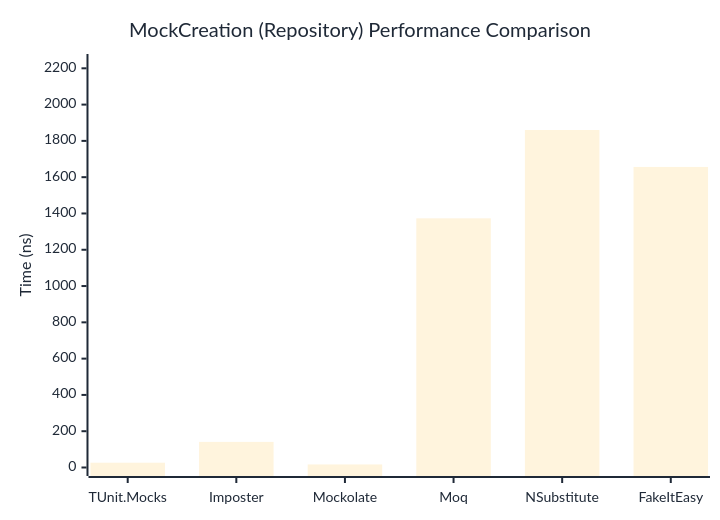
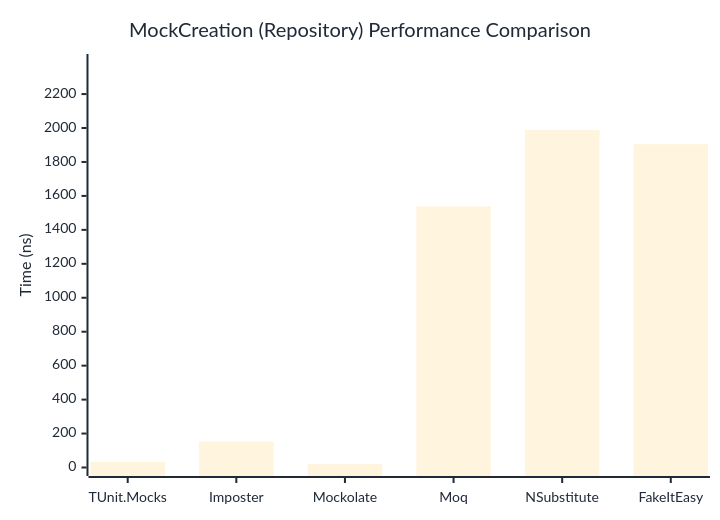
One commit to thomhurst/TUnit changed the second of 2 diagrams in docs/docs/benchmarks/mocks/MockCreation.md. Above: the diagram before and after it, drawn with Mermaid. The commit also changed other lines of this file and 14 other files, not shown here.

````diff
--- a/docs/docs/benchmarks/mocks/MockCreation.md
+++ b/docs/docs/benchmarks/mocks/MockCreation.md
@@ -71,27 +71,27 @@
 ```mermaid
 %%{init: {
   'theme':'base',
   'themeVariables': {
     'primaryColor': '#2563eb',
     'primaryTextColor': '#1f2937',
     'primaryBorderColor': '#1e40af',
     'lineColor': '#6b7280',
     'secondaryColor': '#7c3aed',
     'tertiaryColor': '#dc2626',
     'background': '#ffffff',
     'pie1': '#2563eb',
     'pie2': '#7c3aed',
     'pie3': '#dc2626',
     'pie4': '#f59e0b',
     'pie5': '#10b981',
     'pie6': '#06b6d4',
     'pie7': '#ec4899',
     'pie8': '#6366f1'
   }
 }}%%
 xychart-beta
   title "MockCreation (Repository) Performance Comparison"
   x-axis ["TUnit.Mocks", "Imposter", "Mockolate", "Moq", "NSubstitute", "FakeItEasy"]
-  y-axis "Time (ns)" 0 --> 2232
-  bar [26.5, 141.13, 16.9, 1373.19, 1859.87, 1656.48]
+  y-axis "Time (ns)" 0 --> 2386
+  bar [33.46, 152.2, 19.79, 1538.26, 1988.31, 1904.78]
 ```
````
